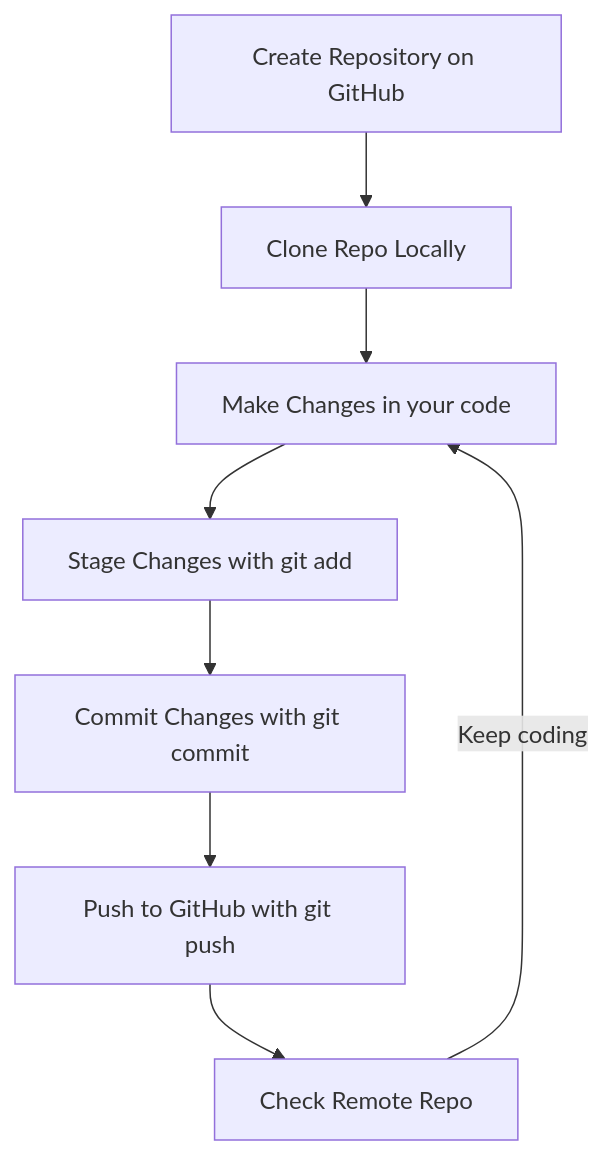
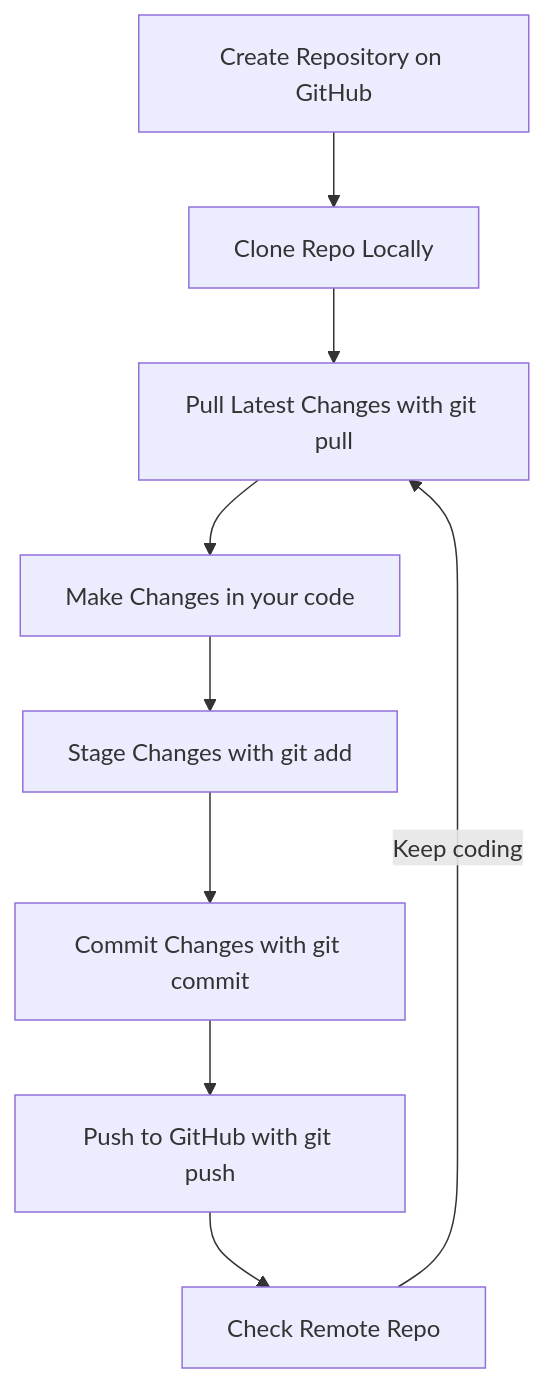
One commit to EnriqueVilchezL/git_workshop changed the diagram in git_basics/docs/lessons/commands.en.md. Above: the diagram before and after it, drawn with Mermaid. The commit also changed 9 other files, not shown here.

````diff
--- a/git_basics/docs/lessons/commands.en.md
+++ b/git_basics/docs/lessons/commands.en.md
@@ -144,10 +144,11 @@
 ``` mermaid
 graph TD
     A[Create Repository on GitHub] --> B[Clone Repo Locally];
-    B --> C[Make Changes in your code];
-    C --> D[Stage Changes with git add];
-    D --> E[Commit Changes with git commit];
-    E --> F[Push to GitHub with git push];
-    F --> G[Check Remote Repo];
-    G --> |Keep coding| C;
+    B --> C[Pull Latest Changes with git pull];
+    C --> D[Make Changes in your code];
+    D --> E[Stage Changes with git add];
+    E --> F[Commit Changes with git commit];
+    F --> G[Push to GitHub with git push];
+    G --> H[Check Remote Repo];
+    H --> |Keep coding| C;
 ```
````
